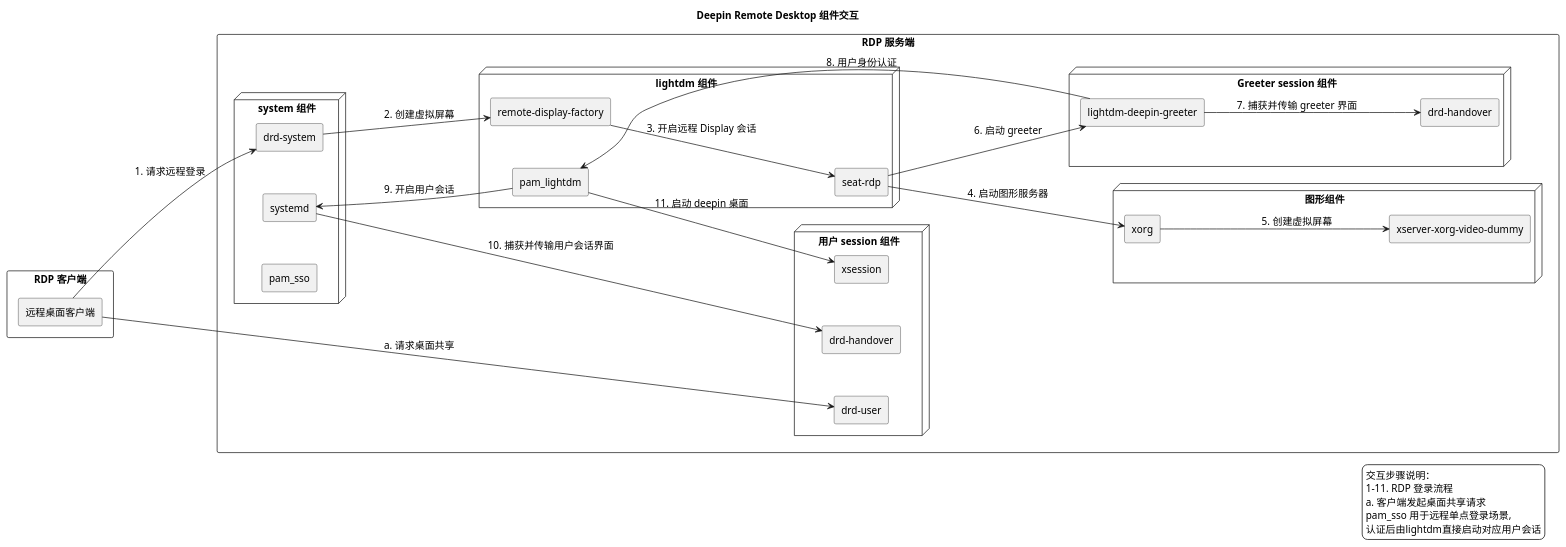
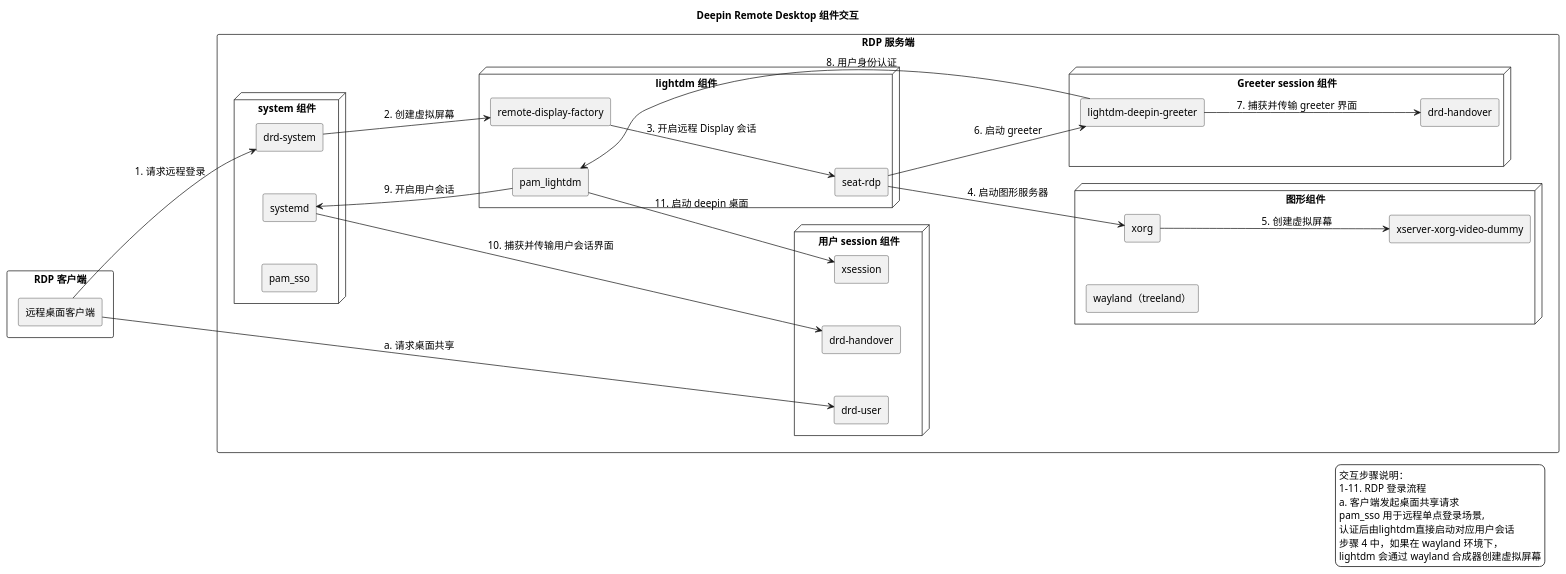
The diagram in doc/uml/deepin-remote-desktop.puml (KT-lcz/deepin-remote-desktop), drawn with PlantUML before and after one commit. The commit also changed 8 other files, not shown here.

```diff
--- a/doc/uml/deepin-remote-desktop.puml
+++ b/doc/uml/deepin-remote-desktop.puml
@@ -1,69 +1,72 @@
 @startuml
 skinparam backgroundColor #FFFFFF
 skinparam shadowing false
 skinparam packageStyle rectangle
 skinparam componentStyle rectangle
 skinparam ArrowLinetype polyline
 skinparam defaultFontSize 14
 skinparam nodesep 60
 skinparam ranksep 90
 left to right direction
 
 title Deepin Remote Desktop 组件交互
 
 legend right
     交互步骤说明：
     1-11. RDP 登录流程
     a. 客户端发起桌面共享请求
     pam_sso 用于远程单点登录场景,
     认证后由lightdm直接启动对应用户会话
+    步骤 4 中，如果在 wayland 环境下，
+    lightdm 会通过 wayland 合成器创建虚拟屏幕
 endlegend
 
 package "RDP 客户端" {
     [远程桌面客户端] as client
 }
 
 package "RDP 服务端" {
     node "system 组件" {
         [drd-system] as system
         [systemd]
         [pam_sso] as sso
     }
 
     node "用户 session 组件" {
         [drd-handover] as uhand
         [drd-user] as user
         [xsession]
     }
 
     node "Greeter session 组件" {
         [drd-handover] as ghand
         [lightdm-deepin-greeter] as greeter
     }
 
     node "lightdm 组件" {
         [pam_lightdm] as pam_l
         [seat-rdp] as seat
         [remote-display-factory] as factory
     }
 
     node "图形组件" {
         [xorg]
         [xserver-xorg-video-dummy] as dummy
+        [wayland（treeland）]
     }
 }
 
 client -down-> system   : 1. 请求远程登录
 system -down-> factory  : 2. 创建虚拟屏幕
 factory -down-> seat    : 3. 开启远程 Display 会话
 seat -down-> xorg       : 4. 启动图形服务器
 xorg --> dummy          : 5. 创建虚拟屏幕
 seat -down-> greeter    : 6. 启动 greeter
 greeter --> ghand       : 7. 捕获并传输 greeter 界面
 greeter --> pam_l       : 8. 用户身份认证
 pam_l -left-> systemd   : 9. 开启用户会话
 systemd -down-> uhand   : 10. 捕获并传输用户会话界面
 pam_l -down-> xsession  : 11. 启动 deepin 桌面
 client -down-> user     : a. 请求桌面共享
 
 @enduml
```
